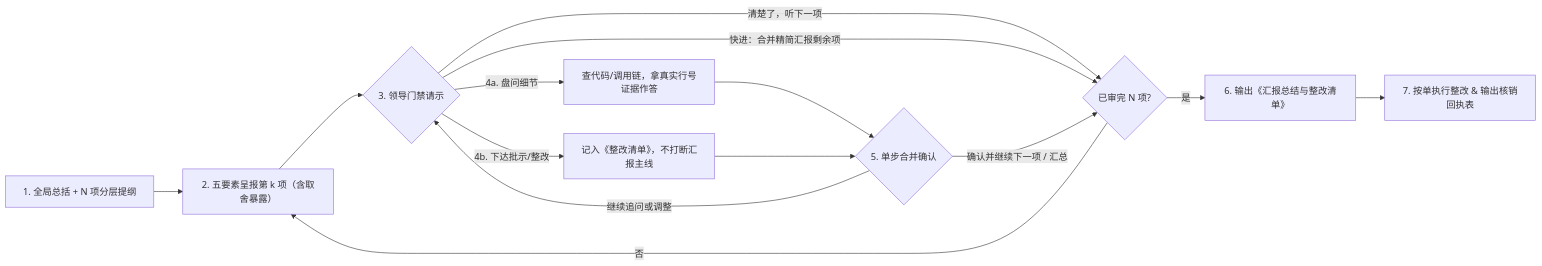
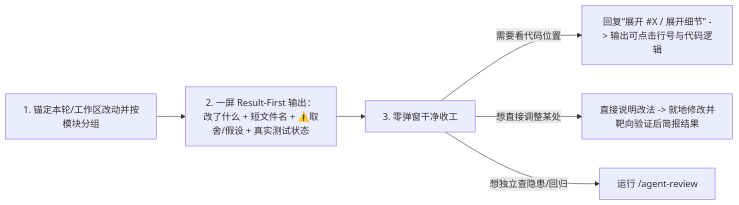
One commit to lastxuanain/ainward-skills changed the diagram in skills/work-report/README.zh-CN.md. Above: the diagram before and after it, drawn with Mermaid. The commit also changed other lines of this file and 10 other files, not shown here.

Commit message:
feat: align work-report, agent-review, and code-sync to Result-First UX

````diff
--- a/skills/work-report/README.zh-CN.md
+++ b/skills/work-report/README.zh-CN.md
@@ -28,16 +27,8 @@
 ```mermaid
 flowchart LR
-    A["1. 全局总括 + N 项分层提纲"] --> B["2. 五要素呈报第 k 项（含取舍暴露）"]
-    B --> C{"3. 领导门禁请示"}
-    C -- "清楚了，听下一项" --> D{"已审完 N 项?"}
-    C -- "快进：合并精简汇报剩余项" --> D
-    D -- "否" --> B
-    D -- "是" --> E["6. 输出《汇报总结与整改清单》"]
-    C -- "4a. 盘问细节" --> F["查代码/调用链，拿真实行号证据作答"]
-    C -- "4b. 下达批示/整改" --> G["记入《整改清单》，不打断汇报主线"]
-    F --> H{"5. 单步合并确认"}
-    G --> H
-    H -- "确认并继续下一项 / 汇总" --> D
-    H -- "继续追问或调整" --> C
-    E --> I["7. 按单执行整改 & 输出核销回执表"]
+    A["1. 锚定本轮/工作区改动并按模块分组"] --> B["2. 一屏 Result-First 输出：改了什么 + 短文件名 + ⚠️取舍/假设 + 真实测试状态"]
+    B --> C["3. 零弹窗干净收工"]
+    C -- "需要看代码位置" --> D["回复“展开 #X / 展开细节” -> 输出可点击行号与代码逻辑"]
+    C -- "想直接调整某处" --> E["直接说明改法 -> 就地修改并靶向验证后简报结果"]
+    C -- "想独立查隐患/回归" --> F["运行 /agent-review"]
 ```
````
